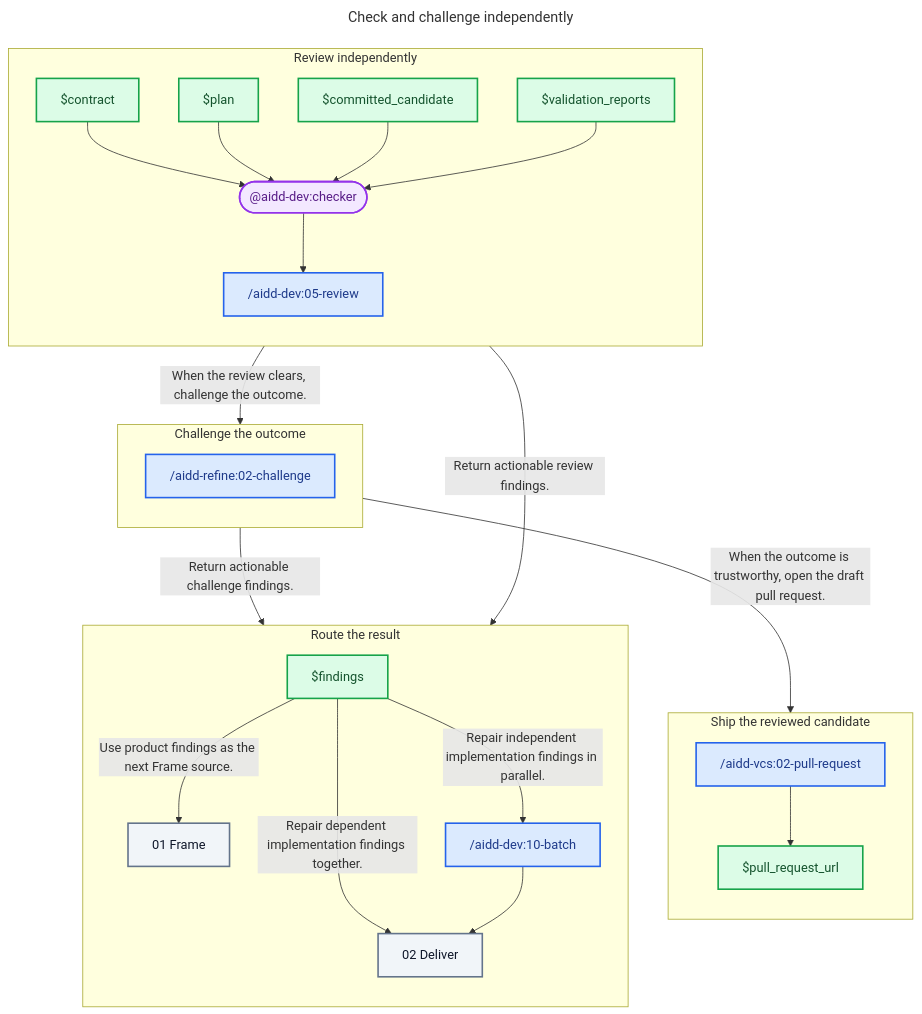
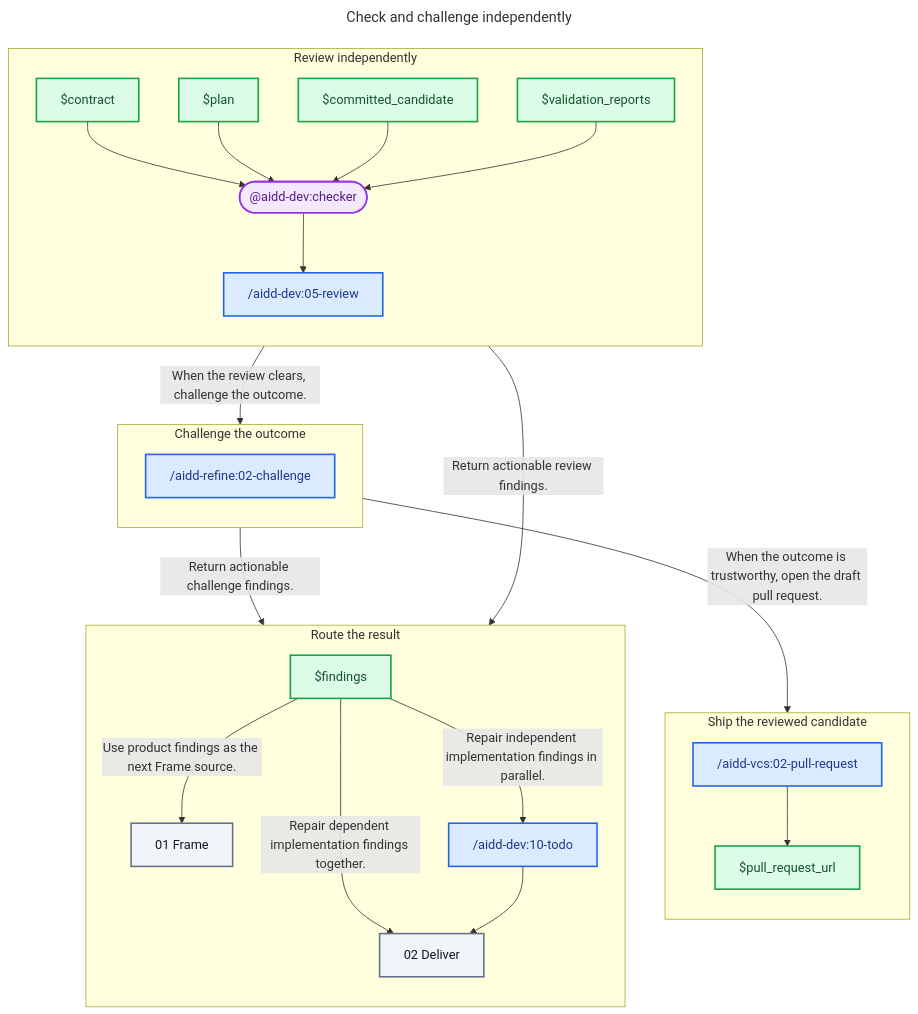
Before and after one commit to ai-driven-dev/framework: the diagram in plugins/aidd-orchestrator/skills/01-sdlc/references/03-check.md, drawn with Mermaid. The commit also changed other lines of this file and 13 other files, not shown here.

First line of the commit message:
fix(aidd-dev): leave batch rename to its dedicated pull request

````diff
--- a/plugins/aidd-orchestrator/skills/01-sdlc/references/03-check.md
+++ b/plugins/aidd-orchestrator/skills/01-sdlc/references/03-check.md
@@ -9,59 +9,59 @@
 ```mermaid
 ---
 title: Check and challenge independently
 ---
 flowchart TD
   subgraph ReviewStage["Review independently"]
     direction TB
     Contract["$contract"]
     Plan["$plan"]
     CommittedCandidate["$committed_candidate"]
     ValidationReports["$validation_reports"]
     Checker(["@aidd-dev:checker"])
     Review["/aidd-dev:05-review"]
   end
 
   subgraph ChallengeStage["Challenge the outcome"]
     direction TB
     Challenge["/aidd-refine:02-challenge"]
   end
 
   subgraph RouteStage["Route the result"]
     direction TB
     Findings["$findings"]
     Frame["01 Frame"]
-    Batch["/aidd-dev:10-batch"]
+    Todo["/aidd-dev:10-todo"]
     Deliver["02 Deliver"]
   end
 
   subgraph ShipStage["Ship the reviewed candidate"]
     direction TB
     PullRequest["/aidd-vcs:02-pull-request"]
     PullRequestUrl["$pull_request_url"]
   end
 
   Contract --> Checker
   Plan --> Checker
   CommittedCandidate --> Checker
   ValidationReports --> Checker
   Checker --> Review
   Review -- "Return actionable review findings." --> Findings
   Review -- "When the review clears, challenge the outcome." --> Challenge
   Challenge -- "Return actionable challenge findings." --> Findings
   Challenge -- "When the outcome is trustworthy, open the draft pull request." --> PullRequest
   Findings -- "Use product findings as the next Frame source." --> Frame
-  Findings -- "Repair independent implementation findings in parallel." --> Batch
+  Findings -- "Repair independent implementation findings in parallel." --> Todo
   Findings -- "Repair dependent implementation findings together." --> Deliver
-  Batch --> Deliver
+  Todo --> Deliver
   PullRequest --> PullRequestUrl
 
   classDef skill fill:#DBEAFE,stroke:#2563EB,color:#1E3A8A,stroke-width:2px
   classDef agent fill:#F3E8FF,stroke:#9333EA,color:#581C87,stroke-width:2px
   classDef artifact fill:#DCFCE7,stroke:#16A34A,color:#14532D,stroke-width:2px
   classDef zone fill:#F1F5F9,stroke:#64748B,color:#0F172A,stroke-width:2px
 
-  class Review,Challenge,Batch,PullRequest skill
+  class Review,Challenge,Todo,PullRequest skill
   class Checker agent
   class Contract,Plan,CommittedCandidate,ValidationReports,Findings,PullRequestUrl artifact
   class Frame,Deliver zone
 ```
````
